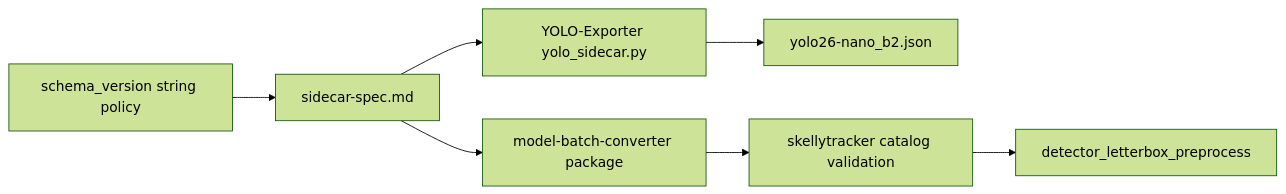
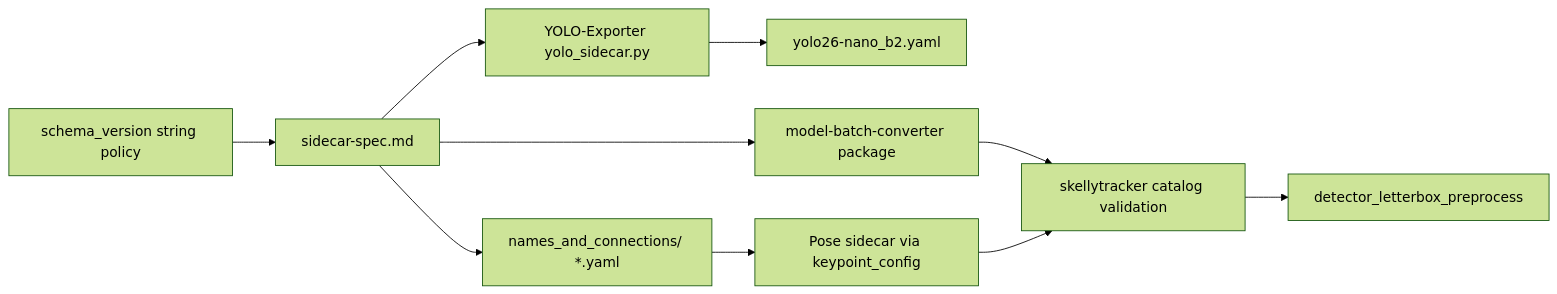
The second of 2 diagrams in plans/40_sidecar_spec_updates.plan.md (domisjustanumber/skellytracker), drawn with Mermaid (forest theme) before and after one commit. The commit also changed other lines of this file, not shown here.

Commit message:
Expand plan 40 sidecar spec with detailed implementation and test guidance.

````diff
--- a/plans/40_sidecar_spec_updates.plan.md
+++ b/plans/40_sidecar_spec_updates.plan.md
@@ -165,9 +350,12 @@
 ```mermaid
 flowchart LR
   versionPolicy[schema_version string policy] --> specUpdate[sidecar-spec.md]
   specUpdate --> exporter[YOLO-Exporter yolo_sidecar.py]
-  exporter --> artifact[yolo26-nano_b2.json]
+  exporter --> artifact[yolo26-nano_b2.yaml]
   specUpdate --> mbcWheel[model-batch-converter package]
   mbcWheel --> catalogVal[skellytracker catalog validation]
   catalogVal --> preprocess[detector_letterbox_preprocess]
+  specUpdate --> namesCon[names_and_connections/ *.yaml]
+  namesCon --> poseSidecar[Pose sidecar via keypoint_config]
+  poseSidecar --> catalogVal
 ```
````
